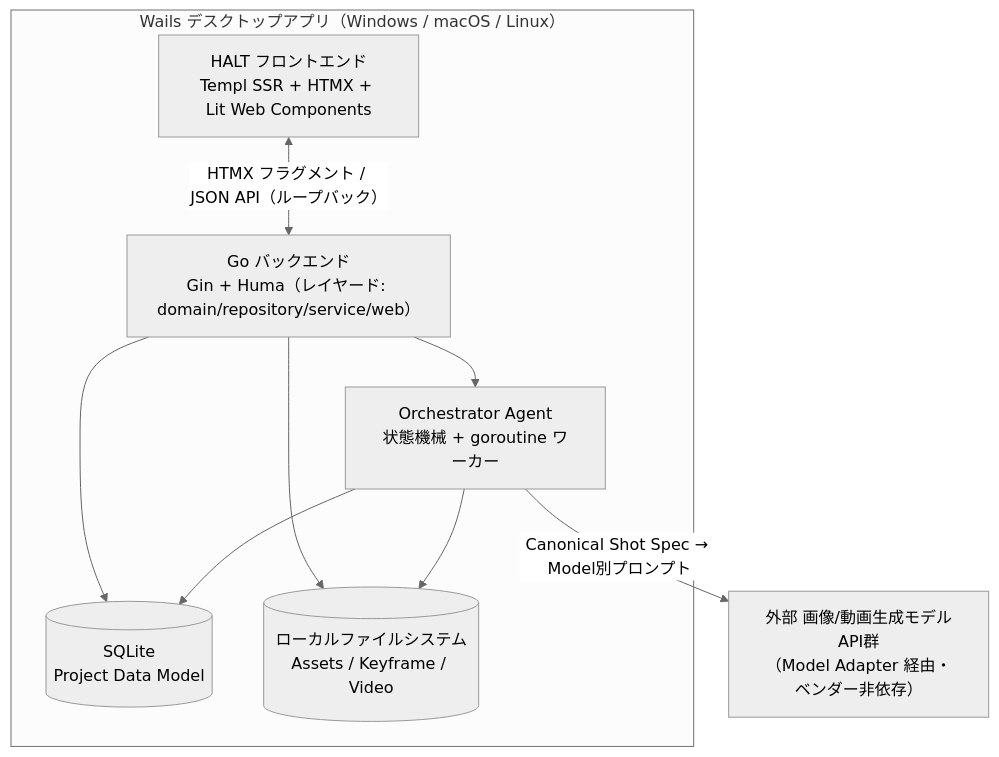
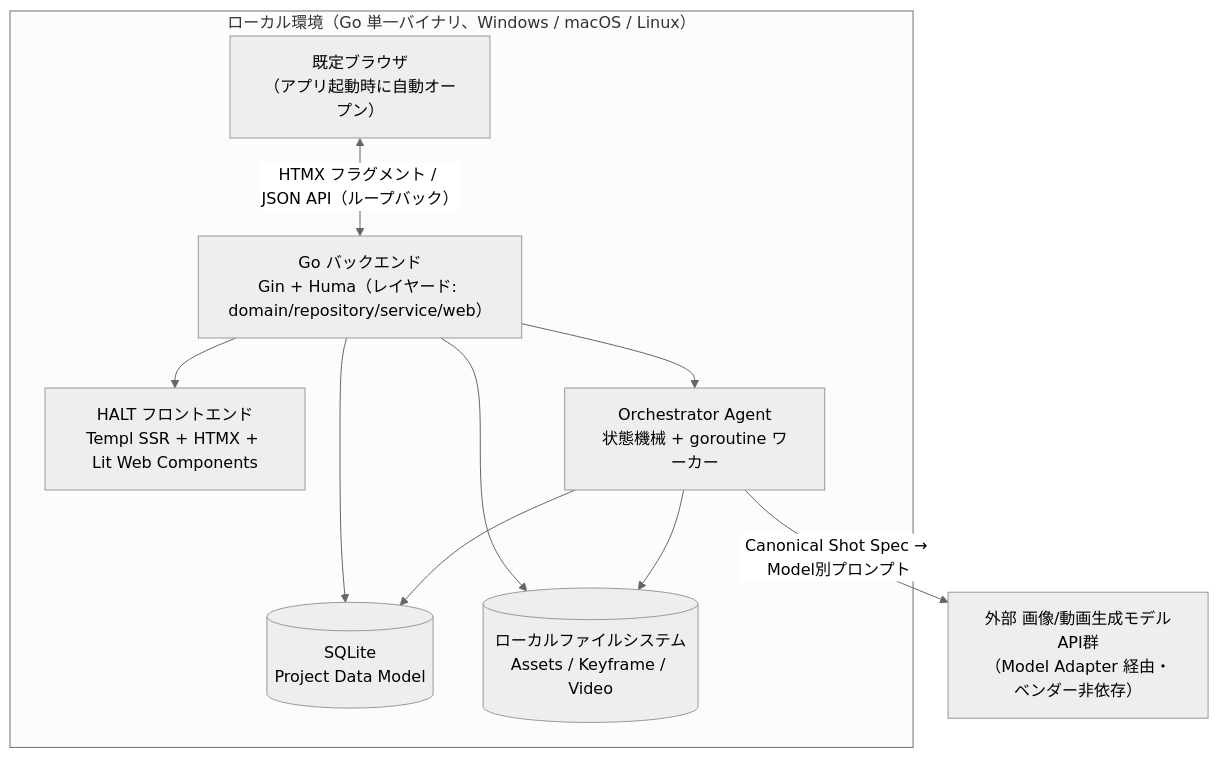
The diagram in spec/overview.md (ousiassllc/mam), drawn with Mermaid (neutral theme) before and after one commit. The commit also changed other lines of this file and 2 other files, not shown here.

````diff
--- a/spec/overview.md
+++ b/spec/overview.md
@@ -46,19 +46,21 @@
 ```mermaid
 flowchart TB
-    subgraph Desktop["Wails デスクトップアプリ（Windows / macOS / Linux）"]
+    subgraph Local["ローカル環境（Go 単一バイナリ、Windows / macOS / Linux）"]
+        Browser["既定ブラウザ<br/>（アプリ起動時に自動オープン）"]
         UI["HALT フロントエンド<br/>Templ SSR + HTMX + Lit Web Components"]
         Server["Go バックエンド<br/>Gin + Huma（レイヤード: domain/repository/service/web）"]
         Orchestrator["Orchestrator Agent<br/>状態機械 + goroutine ワーカー"]
         DB[("SQLite<br/>Project Data Model")]
         FS[("ローカルファイルシステム<br/>Assets / Keyframe / Video")]
     end
     ExtAPIs["外部 画像/動画生成モデルAPI群<br/>（Model Adapter 経由・ベンダー非依存）"]
 
-    UI <-->|HTMX フラグメント / JSON API（ループバック）| Server
+    Browser <-->|HTMX フラグメント / JSON API（ループバック）| Server
+    Server --> UI
     Server --> Orchestrator
     Orchestrator --> DB
     Orchestrator --> FS
     Orchestrator -->|Canonical Shot Spec → Model別プロンプト| ExtAPIs
     Server --> DB
     Server --> FS
 ```
````
